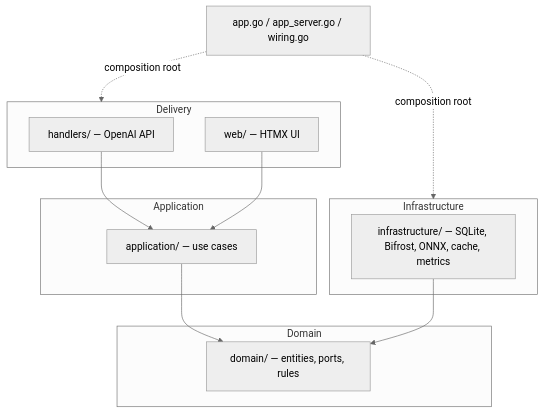
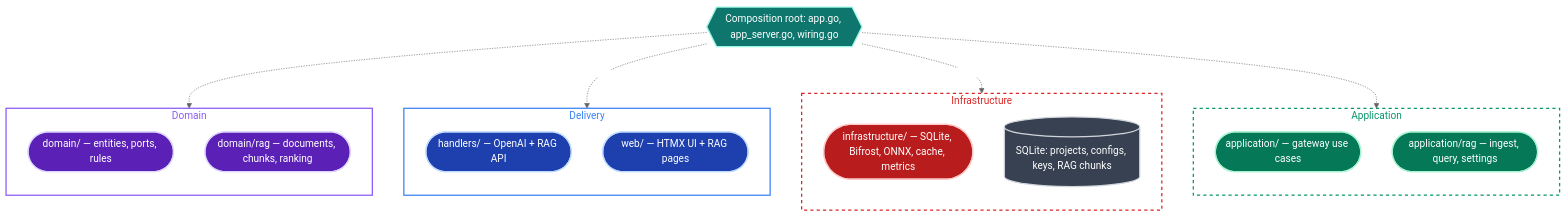
One commit to fanama/bifrost-gateway changed the first of 3 diagrams in README.md. Above: the diagram before and after it, drawn with Mermaid (neutral theme). The commit also changed other lines of this file and 4 other files, not shown here.

````diff
--- a/README.md
+++ b/README.md
@@ -46,22 +46,46 @@
 ```mermaid
 flowchart TD
-    subgraph Delivery [Delivery]
-        API[handlers/ — OpenAI API]
-        UI[web/ — HTMX UI]
+    %% Dark fills + light strokes keep the diagram readable in light and dark mode.
+    classDef delivery fill:#1e40af,stroke:#bfdbfe,stroke-width:2px,color:#fff
+    classDef app fill:#047857,stroke:#a7f3d0,stroke-width:2px,color:#fff
+    classDef core fill:#5b21b6,stroke:#ddd6fe,stroke-width:2px,color:#fff
+    classDef infra fill:#b91c1c,stroke:#fecaca,stroke-width:2px,color:#fff
+    classDef store fill:#374151,stroke:#d1d5db,stroke-width:2px,color:#fff
+    classDef root fill:#0f766e,stroke:#99f6e4,stroke-width:2px,color:#fff
+
+    subgraph Delivery["Delivery"]
+        direction TB
+        API(["handlers/ — OpenAI + RAG API"]):::delivery
+        UI(["web/ — HTMX UI + RAG pages"]):::delivery
     end
-    subgraph App [Application]
-        UC[application/ — use cases]
+
+    subgraph App["Application"]
+        direction TB
+        UC(["application/ — gateway use cases"]):::app
+        RAG(["application/rag — ingest, query, settings"]):::app
     end
-    subgraph Core [Domain]
-        D[domain/ — entities, ports, rules]
+
+    subgraph Core["Domain"]
+        direction TB
+        D(["domain/ — entities, ports, rules"]):::core
+        DR(["domain/rag — documents, chunks, ranking"]):::core
     end
-    subgraph Adapters [Infrastructure]
-        I[infrastructure/ — SQLite, Bifrost, ONNX, cache, metrics]
+
+    subgraph Adapters["Infrastructure"]
+        direction TB
+        I(["infrastructure/ — SQLite, Bifrost, ONNX, cache, metrics"]):::infra
+        SQL[("SQLite: projects, configs, keys, RAG chunks")]:::store
     end
-    API --> UC
-    UI --> UC
-    UC --> D
-    I --> D
-    Root[app.go / app_server.go / wiring.go] -. composition root .-> Delivery
-    Root -. composition root .-> Adapters
+
+    Root{{"Composition root: app.go, app_server.go, wiring.go"}}:::root
+    
+    Root -. assembles .-> Core
+    Root -. assembles .-> Delivery
+    Root -. assembles .-> Adapters
+    Root -. assembles .-> App
+
+    style Delivery fill:none,stroke:#3b82f6,stroke-width:2px,color:#3b82f6
+    style App fill:none,stroke:#059669,stroke-width:2px,stroke-dasharray:5 5,color:#059669
+    style Core fill:none,stroke:#8b5cf6,stroke-width:2px,color:#8b5cf6
+    style Adapters fill:none,stroke:#dc2626,stroke-width:2px,stroke-dasharray:5 5,color:#dc2626
 ```
````
